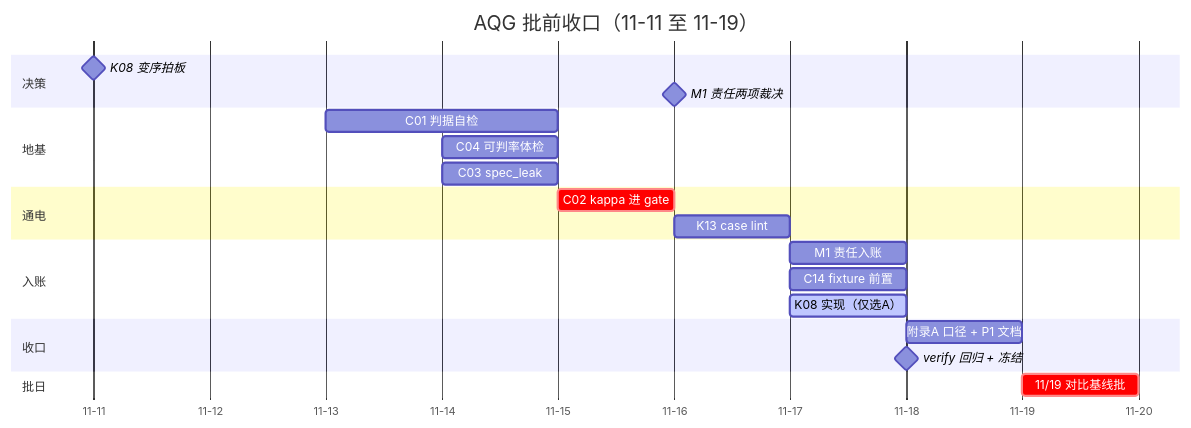
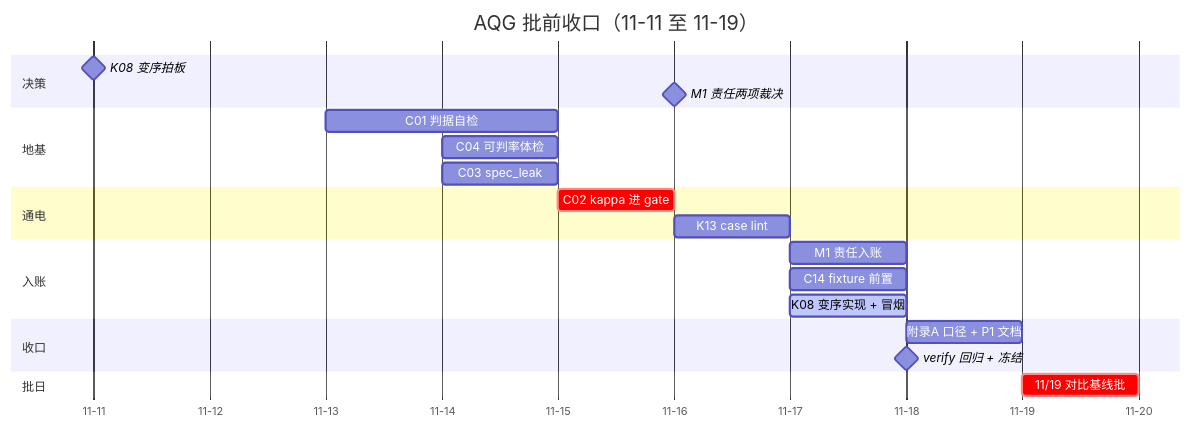
The diagram in docs/priority-2026q4/01-每日排期.md (xuanluo111/Agent-Quality-Gate), drawn with Mermaid before and after one commit. The commit also changed other lines of this file and 8 other files, not shown here.

````diff
--- a/docs/priority-2026q4/01-每日排期.md
+++ b/docs/priority-2026q4/01-每日排期.md
@@ -88,26 +88,26 @@
 ```mermaid
 gantt
     title AQG 批前收口（11-11 至 11-19）
     dateFormat YYYY-MM-DD
     axisFormat %m-%d
     todayMarker off
     section 决策
     K08 变序拍板          :milestone, k08, 2026-11-11, 0d
     M1 责任两项裁决       :milestone, m1d, 2026-11-16, 0d
     section 地基
     C01 判据自检          :c01, 2026-11-13, 2d
     C04 可判率体检        :c04, 2026-11-14, 1d
     C03 spec_leak        :c03, 2026-11-14, 1d
     section 通电
     C02 kappa 进 gate    :crit, c02, 2026-11-15, 1d
     K13 case lint        :k13, 2026-11-16, 1d
     section 入账
     M1 责任入账          :m1, 2026-11-17, 1d
     C14 fixture 前置     :c14, 2026-11-17, 1d
-    K08 实现（仅选A）    :active, k08i, 2026-11-17, 1d
+    K08 变序实现 + 冒烟    :active, k08i, 2026-11-17, 1d
     section 收口
     附录A 口径 + P1 文档 :p1, 2026-11-18, 1d
     verify 回归 + 冻结   :milestone, frz, 2026-11-18, 0d
     section 批日
     11/19 对比基线批     :crit, bat, 2026-11-19, 1d
 ```
````
